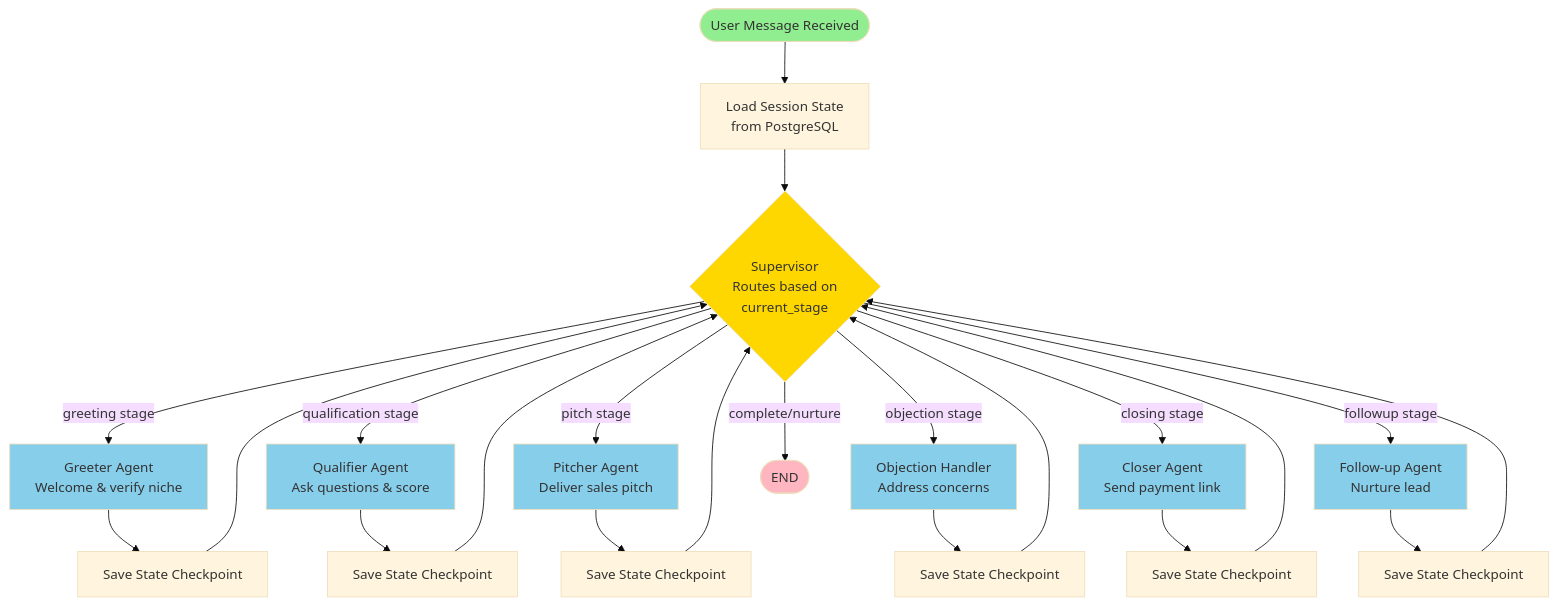
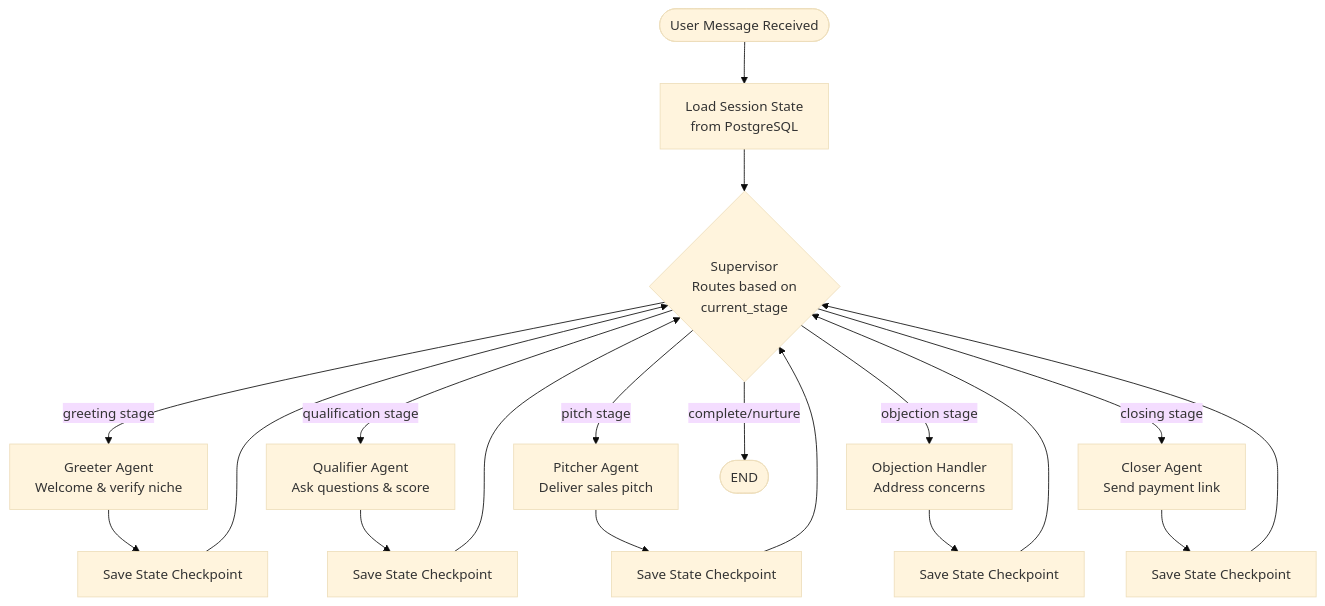
Before and after one commit to blockvoltcr7/langgraph-supervisors: the second of 23 diagrams in limitlessos/ARCHITECTURE_DIAGRAMS.md, drawn with Mermaid (base theme). The commit also changed other lines of this file and 17 other files, not shown here.

````diff
--- a/limitlessos/ARCHITECTURE_DIAGRAMS.md
+++ b/limitlessos/ARCHITECTURE_DIAGRAMS.md
@@ -94,40 +86,27 @@
 ```mermaid
 graph TD
     START([User Message Received])
     
     START --> LOAD[Load Session State<br/>from PostgreSQL]
     
     LOAD --> SUPER{Supervisor<br/>Routes based on<br/>current_stage}
     
     SUPER -->|greeting stage| GREET[Greeter Agent<br/>Welcome & verify niche]
     SUPER -->|qualification stage| QUAL[Qualifier Agent<br/>Ask questions & score]
     SUPER -->|pitch stage| PITCH[Pitcher Agent<br/>Deliver sales pitch]
     SUPER -->|objection stage| OBJ[Objection Handler<br/>Address concerns]
     SUPER -->|closing stage| CLOSE[Closer Agent<br/>Send payment link]
-    SUPER -->|followup stage| FOLLOW[Follow-up Agent<br/>Nurture lead]
     SUPER -->|complete/nurture| END([END])
     
     GREET --> SAVE1[Save State Checkpoint]
     QUAL --> SAVE2[Save State Checkpoint]
     PITCH --> SAVE3[Save State Checkpoint]
     OBJ --> SAVE4[Save State Checkpoint]
     CLOSE --> SAVE5[Save State Checkpoint]
-    FOLLOW --> SAVE6[Save State Checkpoint]
     
     SAVE1 --> SUPER
     SAVE2 --> SUPER
     SAVE3 --> SUPER
     SAVE4 --> SUPER
     SAVE5 --> SUPER
-    SAVE6 --> SUPER
-    
-    style START fill:#90EE90
-    style END fill:#FFB6C1
-    style SUPER fill:#FFD700
-    style GREET fill:#87CEEB
-    style QUAL fill:#87CEEB
-    style PITCH fill:#87CEEB
-    style OBJ fill:#87CEEB
-    style CLOSE fill:#87CEEB
-    style FOLLOW fill:#87CEEB
 ```
````
